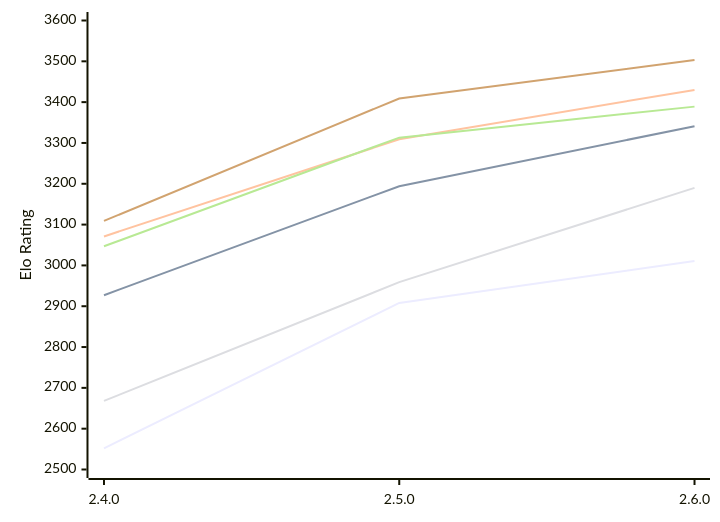
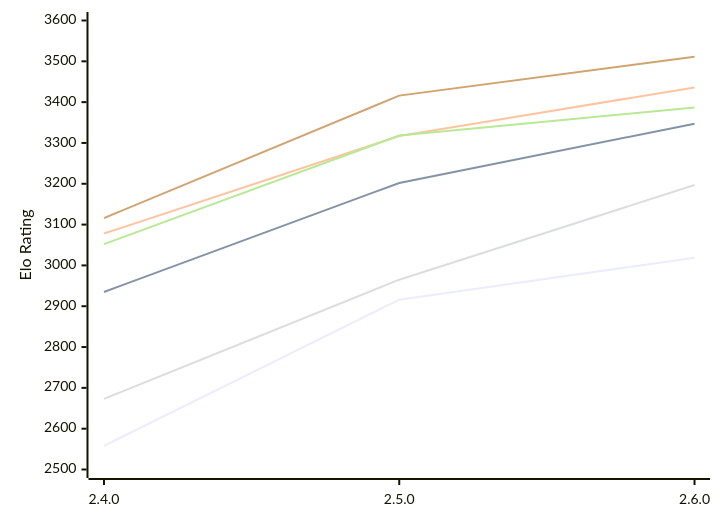
The diagram in engines/Rarog.md (computer-chess-index/cci), drawn with Mermaid before and after one commit. The commit also changed other lines of this file, not shown here.

Commit message:
Update CCI Ratings (ELO VLTC) - 2026-11-03

````diff
--- a/engines/Rarog.md
+++ b/engines/Rarog.md
@@ -51,12 +51,12 @@
 ```mermaid
 %%{init: {"theme":"base","themeVariables":{"seriesColors:['#a3a3a3','#222221','#faa371']}}}%%
 xychart-beta
   x-axis ["2.4.0", "2.5.0", "2.6.0"]
   y-axis "Elo Rating" 2500 --> 3600
-  line "E1: STC (8.0+0.08s)" [2552, 2908, 3011]
-  line "E1: LTC (60.0+0.60s)" [2927, 3194, 3341]
-  line "E1: VLTC (2m24s+1.12s)" [3071, 3309, 3430]
-  line "P1: STC (8.0+0.08s)" [2668, 2959, 3190]
-  line "P1: LTC (60.0+0.60s)" [3047, 3313, 3389]
-  line "P1: VLTC (2m24s+1.12s)" [3109, 3409, 3503]
+  line "E1: STC (8.0+0.08s)" [2558, 2916, 3019]
+  line "E1: LTC (60.0+0.60s)" [2935, 3202, 3347]
+  line "E1: VLTC (2m24s+1.12s)" [3078, 3317, 3436]
+  line "P1: STC (8.0+0.08s)" [2673, 2965, 3197]
+  line "P1: LTC (60.0+0.60s)" [3052, 3318, 3387]
+  line "P1: VLTC (2m24s+1.12s)" [3116, 3416, 3511]
 ```
````
